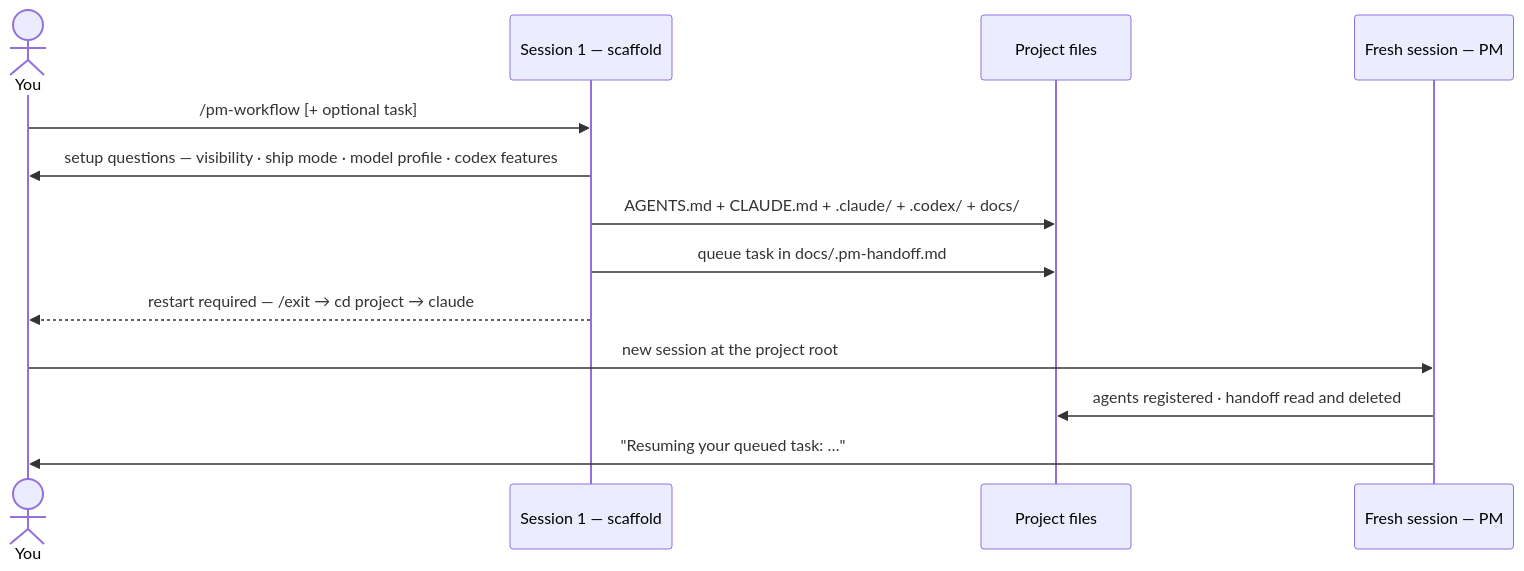
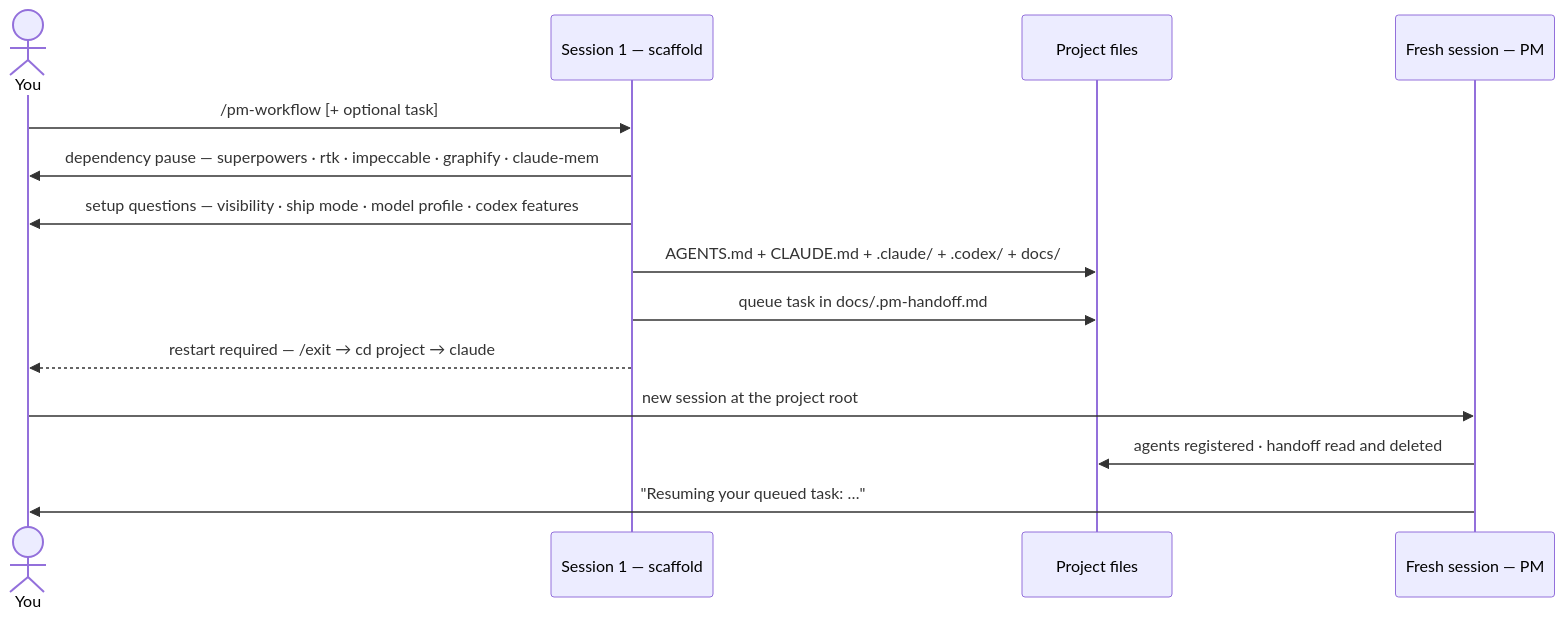
One commit to AlaskanTuna/pm-workflow changed the second of 3 diagrams in README.md. Above: the diagram before and after it, drawn with Mermaid. The commit also changed other lines of this file and 9 other files, not shown here.

First line of the commit message:
feat: v2.1.0 — Impeccable design quality, claude-mem memory, parallel pipelines (#12)

````diff
--- a/README.md
+++ b/README.md
@@ -202,15 +206,16 @@
 ```mermaid
 sequenceDiagram
     actor H as You
     participant S1 as Session 1 — scaffold
     participant P as Project files
     participant S2 as Fresh session — PM
     H->>S1: /pm-workflow [+ optional task]
+    S1->>H: dependency pause — superpowers · rtk · impeccable · graphify · claude-mem
     S1->>H: setup questions — visibility · ship mode · model profile · codex features
     S1->>P: AGENTS.md + CLAUDE.md + .claude/ + .codex/ + docs/
     S1->>P: queue task in docs/.pm-handoff.md
     S1-->>H: restart required — /exit → cd project → claude
     H->>S2: new session at the project root
     S2->>P: agents registered · handoff read and deleted
     S2->>H: "Resuming your queued task: …"
 ```
````
